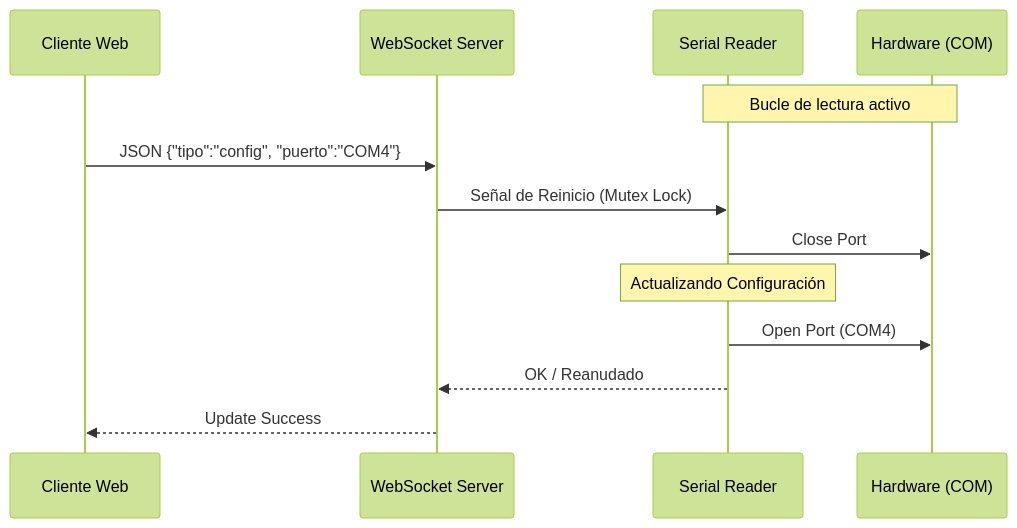
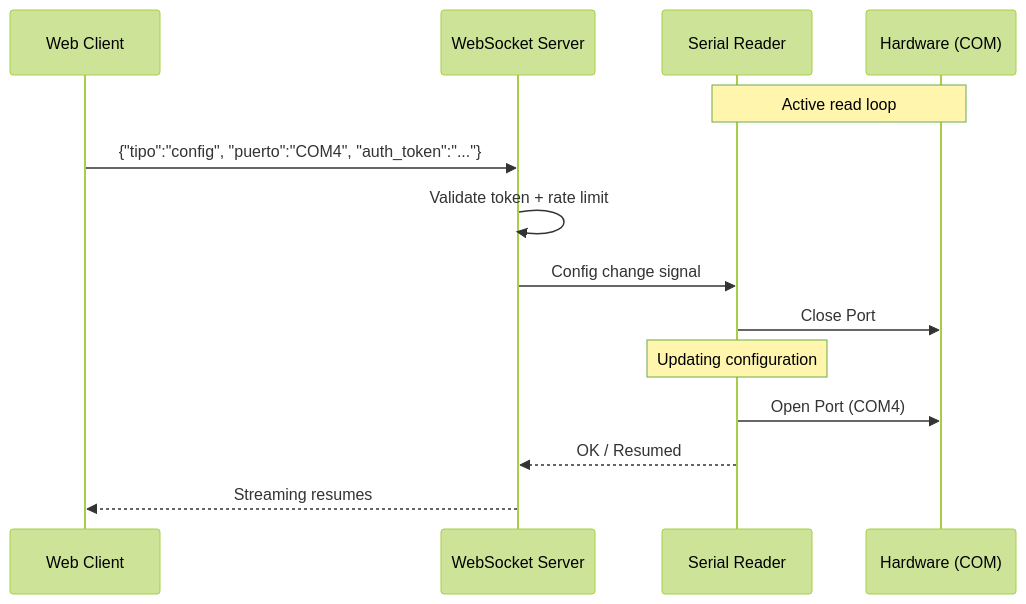
Before and after one commit to adcondev/scale-daemon: the second of 2 diagrams in README.md, drawn with Mermaid (forest theme). The commit also changed other lines of this file and 2 other files, not shown here.

````diff
--- a/README.md
+++ b/README.md
@@ -44,17 +62,16 @@
 ```mermaid
 sequenceDiagram
-    participant C as Cliente Web
+    participant C as Web Client
     participant S as WebSocket Server
     participant R as Serial Reader
     participant H as Hardware (COM)
-
-    Note over R, H: Bucle de lectura activo
-    C ->> S: JSON {"tipo":"config", "puerto":"COM4"}
-    S ->> R: Señal de Reinicio (Mutex Lock)
+    Note over R, H: Active read loop
+    C ->> S: {"tipo":"config", "puerto":"COM4", "auth_token":"..."}
+    S ->> S: Validate token + rate limit
+    S ->> R: Config change signal
     R ->> H: Close Port
-    Note over R: Actualizando Configuración
+    Note over R: Updating configuration
     R ->> H: Open Port (COM4)
-    R -->> S: OK / Reanudado
-    S -->> C: Update Success
-
+    R -->> S: OK / Resumed
+    S -->> C: Streaming resumes
 ```
````
